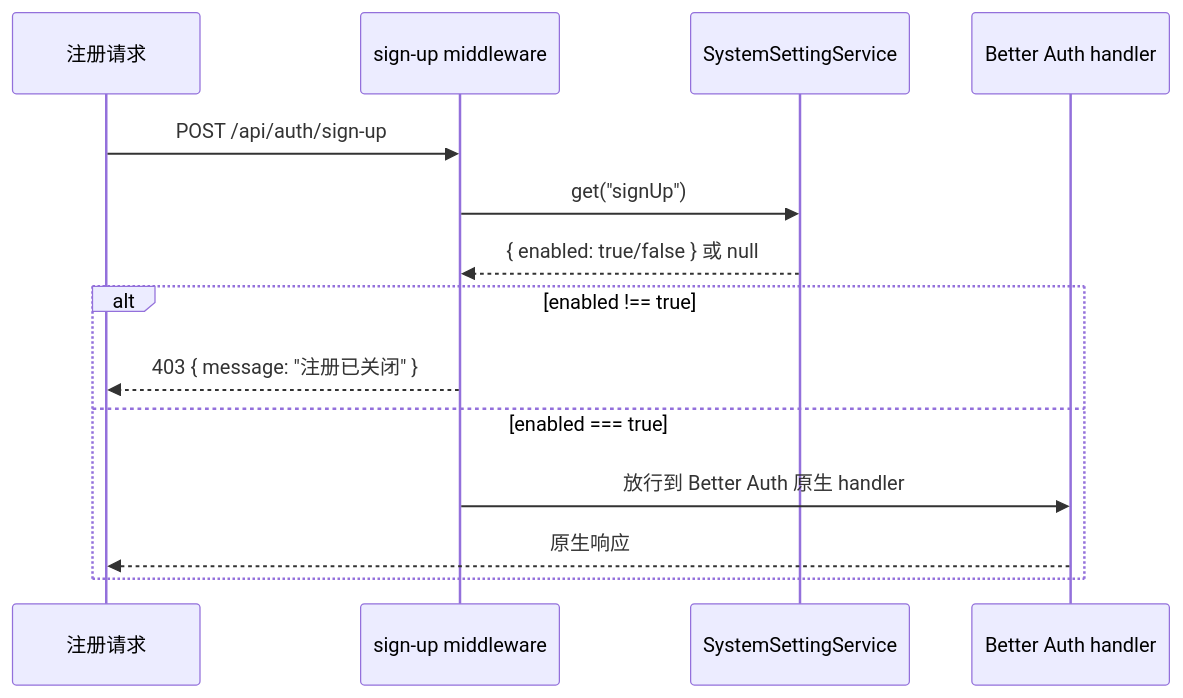
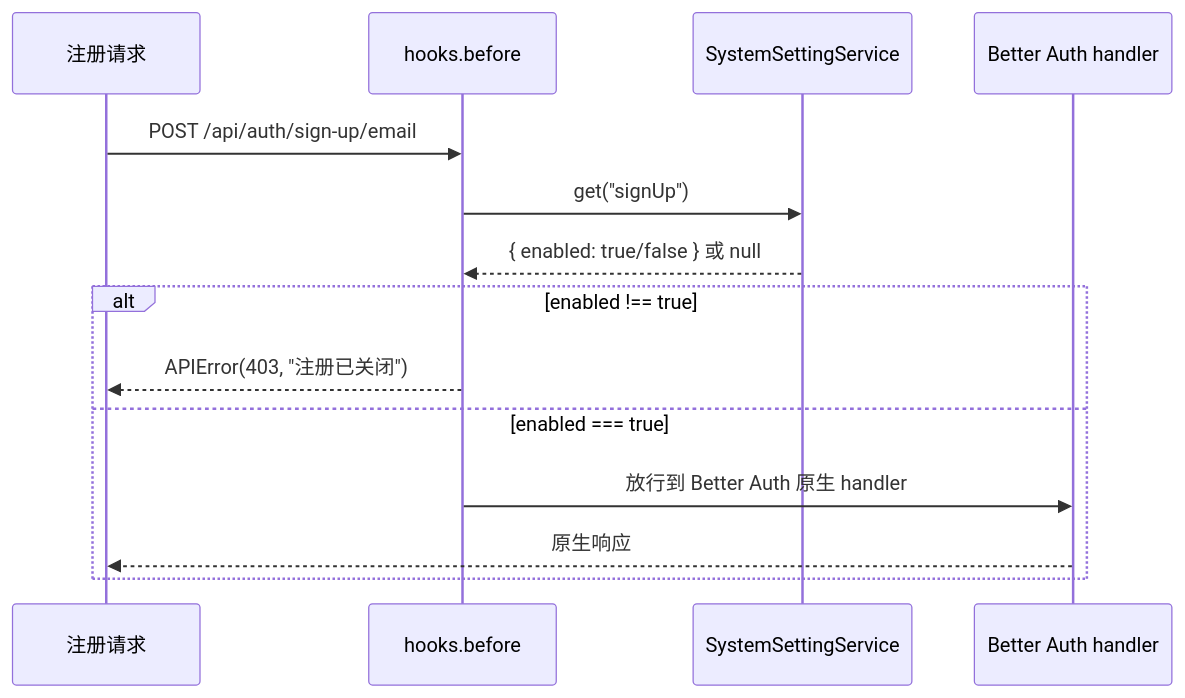
The second of 2 diagrams in docs/features/backend/system-settings.md (zzwtsy/hono-openapi-starter), drawn with Mermaid before and after one commit. The commit also changed other lines of this file and 3 other files, not shown here.

First line of the commit message:
docs(adr): 修正 ADR-0007 为 Better Auth hooks.before + databaseHooks

````diff
--- a/docs/features/backend/system-settings.md
+++ b/docs/features/backend/system-settings.md
@@ -81,17 +81,17 @@
 ```mermaid
 sequenceDiagram
   participant Client as 注册请求
-  participant MW as sign-up middleware
+  participant Hook as hooks.before
   participant Service as SystemSettingService
   participant BA as Better Auth handler
 
-  Client->>MW: POST /api/auth/sign-up
-  MW->>Service: get("signUp")
-  Service-->>MW: { enabled: true/false } 或 null
+  Client->>Hook: POST /api/auth/sign-up/email
+  Hook->>Service: get("signUp")
+  Service-->>Hook: { enabled: true/false } 或 null
   alt enabled !== true
-    MW-->>Client: 403 { message: "注册已关闭" }
+    Hook-->>Client: APIError(403, "注册已关闭")
   else enabled === true
-    MW->>BA: 放行到 Better Auth 原生 handler
+    Hook->>BA: 放行到 Better Auth 原生 handler
     BA-->>Client: 原生响应
   end
 ```
````
